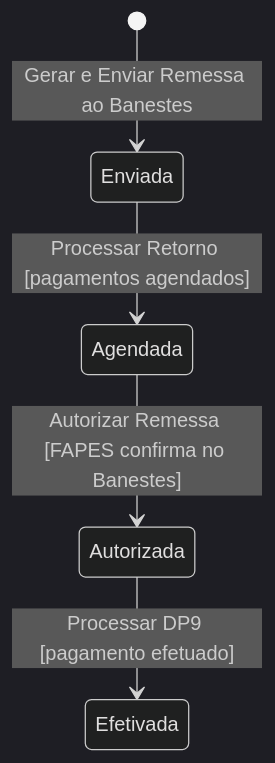
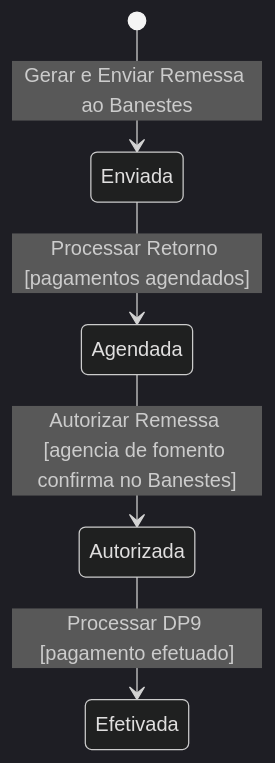
One commit to Czzped/conecta-fapes-teste changed the fifth of 6 diagrams in docs/implementation/modules/M004-pagamento-bolsista/modelo-comportamental.md. Above: the diagram before and after it, drawn with Mermaid (dark theme). The commit also changed other lines of this file and 111 other files, not shown here.

````diff
--- a/docs/implementation/modules/M004-pagamento-bolsista/modelo-comportamental.md
+++ b/docs/implementation/modules/M004-pagamento-bolsista/modelo-comportamental.md
@@ -73,7 +73,7 @@
 ```mermaid
 stateDiagram-v2
     [*] --> Enviada : Gerar e Enviar Remessa ao Banestes
     Enviada --> Agendada : Processar Retorno [pagamentos agendados]
-    Agendada --> Autorizada : Autorizar Remessa [FAPES confirma no Banestes]
+    Agendada --> Autorizada : Autorizar Remessa [agencia de fomento confirma no Banestes]
     Autorizada --> Efetivada : Processar DP9 [pagamento efetuado]
 ```
````
